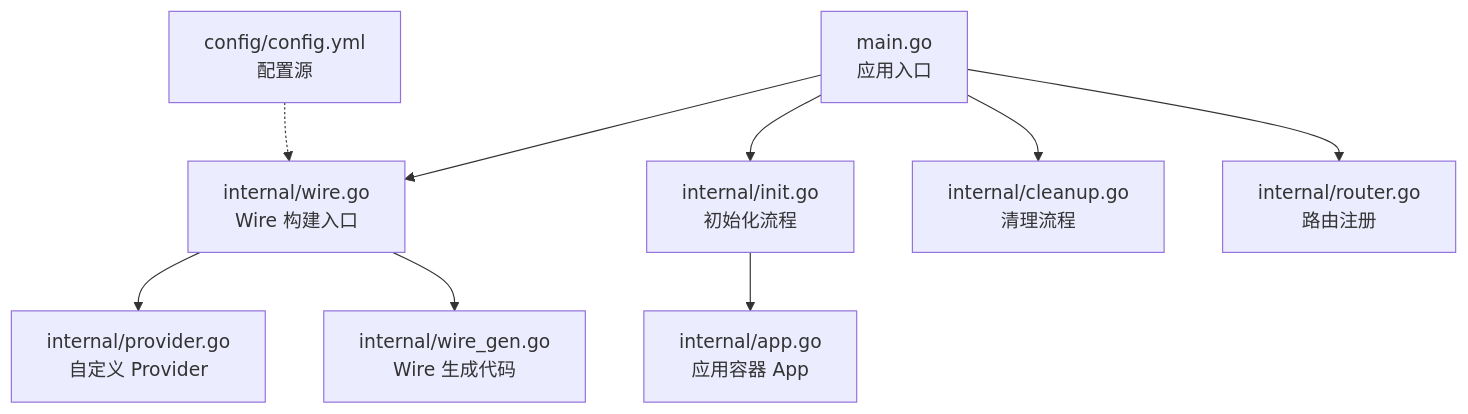
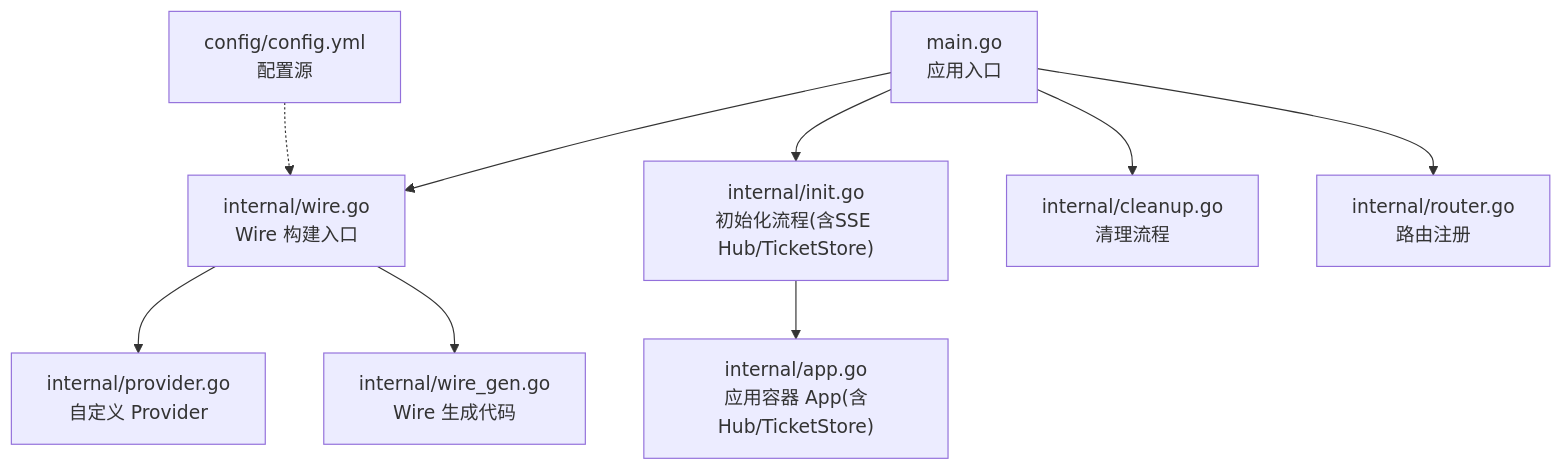
The first of 6 diagrams in .qoder/repowiki/zh/content/架构设计/依赖注入架构.md (wuwuseo/e-sports-go-admin), drawn with Mermaid before and after one commit. The commit also changed other lines of this file and 42 other files, not shown here.

````diff
--- a/.qoder/repowiki/zh/content/架构设计/依赖注入架构.md
+++ b/.qoder/repowiki/zh/content/架构设计/依赖注入架构.md
@@ -39,11 +39,11 @@
 ```mermaid
 graph TB
 A["main.go<br/>应用入口"] --> B["internal/wire.go<br/>Wire 构建入口"]
 B --> C["internal/provider.go<br/>自定义 Provider"]
 B --> D["internal/wire_gen.go<br/>Wire 生成代码"]
-A --> E["internal/init.go<br/>初始化流程"]
+A --> E["internal/init.go<br/>初始化流程(含SSE Hub/TicketStore)"]
 A --> F["internal/cleanup.go<br/>清理流程"]
 A --> G["internal/router.go<br/>路由注册"]
-E --> H["internal/app.go<br/>应用容器 App"]
+E --> H["internal/app.go<br/>应用容器 App(含Hub/TicketStore)"]
 I["config/config.yml<br/>配置源"] -.-> B
 ```
````
